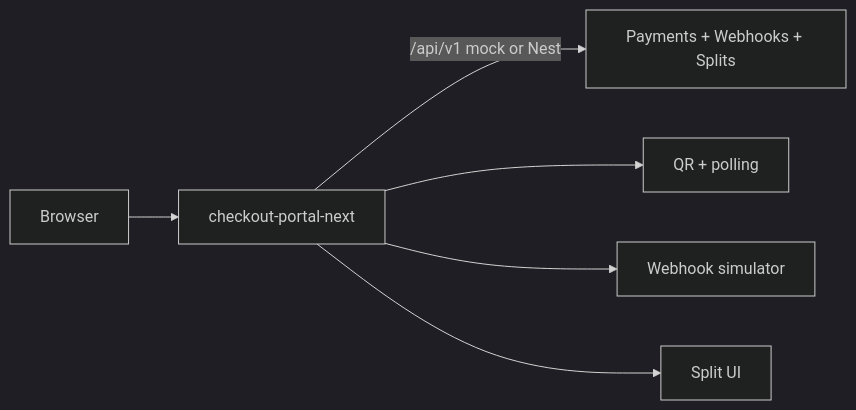
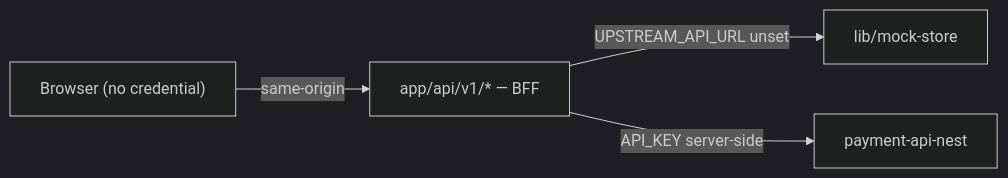
Before and after one commit to MatGoncal/checkout-portal-next: the diagram in README.md, drawn with Mermaid (dark theme). The commit also changed other lines of this file and 39 other files, not shown here.

Commit message:
Keep API credentials on the BFF and sign webhooks with timestamped HMAC.

````diff
--- a/README.md
+++ b/README.md
@@ -8,8 +8,11 @@
 ```mermaid
 graph LR
-  Browser --> Next["checkout-portal-next"]
-  Next -->|"/api/v1 mock or Nest"| API["Payments + Webhooks + Splits"]
-  Next --> QR["QR + polling"]
-  Next --> Sim["Webhook simulator"]
-  Next --> Split["Split UI"]
+  Browser["Browser (no credential)"]
+  BFF["app/api/v1/* — BFF"]
+  Mock["lib/mock-store"]
+  Upstream["payment-api-nest"]
+
+  Browser -->|"same-origin"| BFF
+  BFF -->|"UPSTREAM_API_URL unset"| Mock
+  BFF -->|"API_KEY server-side"| Upstream
 ```
````
